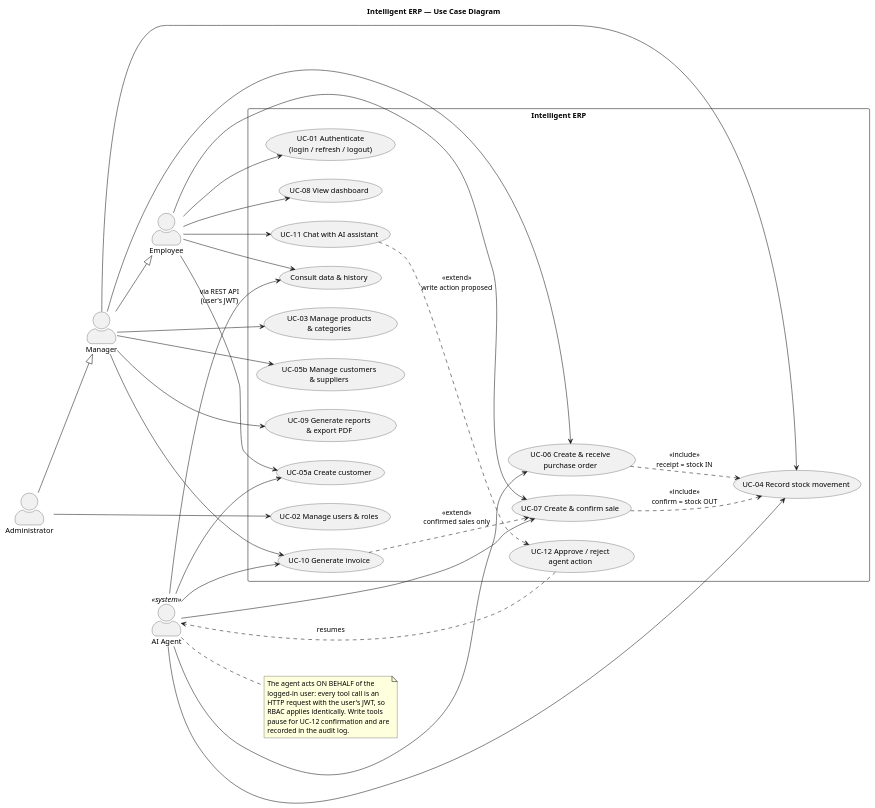
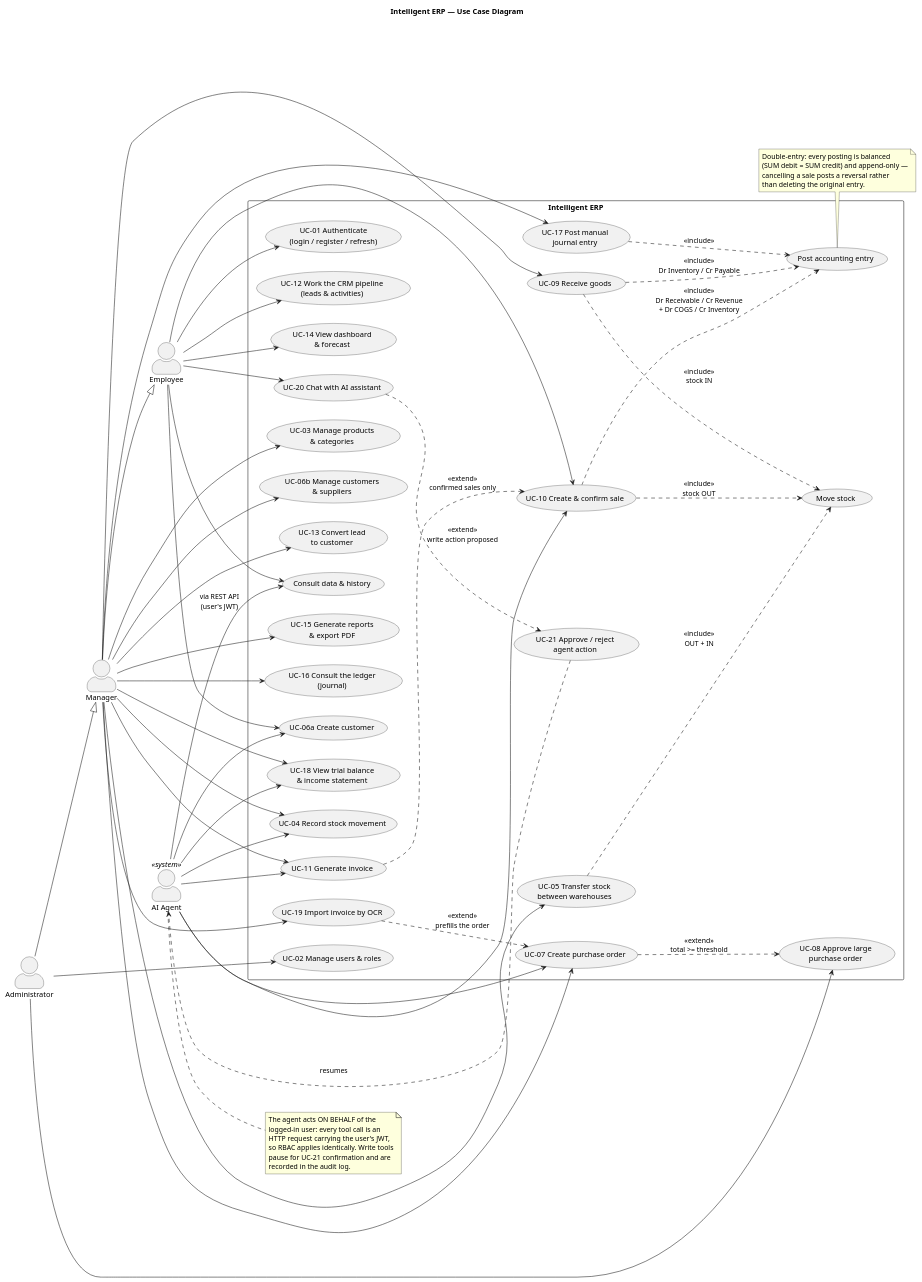
The diagram in diagrams/use-case.puml (mariemtnb/ERP-AI-odoo-like), drawn with PlantUML before and after one commit. The commit also changed 28 other files, not shown here.

```diff
--- a/diagrams/use-case.puml
+++ b/diagrams/use-case.puml
@@ -1,70 +1,107 @@
 @startuml use-case
 title Intelligent ERP — Use Case Diagram
 
 left to right direction
 skinparam actorStyle awesome
 
 actor "Employee" as employee
 actor "Manager" as manager
 actor "Administrator" as admin
 actor "AI Agent" as agent <<system>>
 
 manager --|> employee
 admin --|> manager
 
 rectangle "Intelligent ERP" {
-  usecase "UC-01 Authenticate\n(login / refresh / logout)" as UC01
+  usecase "UC-01 Authenticate\n(login / register / refresh)" as UC01
   usecase "UC-02 Manage users & roles" as UC02
   usecase "UC-03 Manage products\n& categories" as UC03
   usecase "UC-04 Record stock movement" as UC04
-  usecase "UC-05a Create customer" as UC05a
-  usecase "UC-05b Manage customers\n& suppliers" as UC05b
-  usecase "UC-06 Create & receive\npurchase order" as UC06
-  usecase "UC-07 Create & confirm sale" as UC07
-  usecase "UC-08 View dashboard" as UC08
-  usecase "UC-09 Generate reports\n& export PDF" as UC09
-  usecase "UC-10 Generate invoice" as UC10
-  usecase "UC-11 Chat with AI assistant" as UC11
-  usecase "UC-12 Approve / reject\nagent action" as UC12
+  usecase "UC-05 Transfer stock\nbetween warehouses" as UC05
+  usecase "UC-06a Create customer" as UC06a
+  usecase "UC-06b Manage customers\n& suppliers" as UC06b
+  usecase "UC-07 Create purchase order" as UC07
+  usecase "UC-08 Approve large\npurchase order" as UC08
+  usecase "UC-09 Receive goods" as UC09
+  usecase "UC-10 Create & confirm sale" as UC10
+  usecase "UC-11 Generate invoice" as UC11
+  usecase "UC-12 Work the CRM pipeline\n(leads & activities)" as UC12
+  usecase "UC-13 Convert lead\nto customer" as UC13
+  usecase "UC-14 View dashboard\n& forecast" as UC14
+  usecase "UC-15 Generate reports\n& export PDF" as UC15
+  usecase "UC-16 Consult the ledger\n(journal)" as UC16
+  usecase "UC-17 Post manual\njournal entry" as UC17
+  usecase "UC-18 View trial balance\n& income statement" as UC18
+  usecase "UC-19 Import invoice by OCR" as UC19
+  usecase "UC-20 Chat with AI assistant" as UC20
+  usecase "UC-21 Approve / reject\nagent action" as UC21
   usecase "Consult data & history" as UCREAD
+
+  usecase "Post accounting entry" as POST
+  usecase "Move stock" as MOVE
 }
 
 employee --> UC01
 employee --> UCREAD
-employee --> UC05a
-employee --> UC07
-employee --> UC08
-employee --> UC11
+employee --> UC06a
+employee --> UC10
+employee --> UC12
+employee --> UC14
+employee --> UC20
 
 manager --> UC03
 manager --> UC04
-manager --> UC05b
-manager --> UC06
+manager --> UC05
+manager --> UC06b
+manager --> UC07
 manager --> UC09
-manager --> UC10
+manager --> UC11
+manager --> UC13
+manager --> UC15
+manager --> UC16
+manager --> UC17
+manager --> UC18
+manager --> UC19
 
 admin --> UC02
+admin --> UC08
 
-UC11 ..> UC12 : <<extend>>\nwrite action proposed
-UC12 ..> agent : resumes
+' ---- automatic side effects ----
+UC09 ..> MOVE : <<include>>\nstock IN
+UC10 ..> MOVE : <<include>>\nstock OUT
+UC05 ..> MOVE : <<include>>\nOUT + IN
+UC09 ..> POST : <<include>>\nDr Inventory / Cr Payable
+UC10 ..> POST : <<include>>\nDr Receivable / Cr Revenue\n+ Dr COGS / Cr Inventory
+UC17 ..> POST : <<include>>
+UC07 ..> UC08 : <<extend>>\ntotal >= threshold
+UC11 ..> UC10 : <<extend>>\nconfirmed sales only
+UC19 ..> UC07 : <<extend>>\nprefills the order
+UC20 ..> UC21 : <<extend>>\nwrite action proposed
+
+' ---- the agent acts on behalf of the user ----
+UC21 ..> agent : resumes
 agent --> UCREAD : via REST API\n(user's JWT)
-agent --> UC05a
+agent --> UC06a
 agent --> UC04
-agent --> UC06
 agent --> UC07
 agent --> UC10
+agent --> UC11
+agent --> UC18
 
 note right of agent
   The agent acts ON BEHALF of the
   logged-in user: every tool call is an
-  HTTP request with the user's JWT, so
-  RBAC applies identically. Write tools
-  pause for UC-12 confirmation and are
+  HTTP request carrying the user's JWT,
+  so RBAC applies identically. Write tools
+  pause for UC-21 confirmation and are
   recorded in the audit log.
 end note
 
-UC06 ..> UC04 : <<include>>\nreceipt = stock IN
-UC07 ..> UC04 : <<include>>\nconfirm = stock OUT
-UC10 ..> UC07 : <<extend>>\nconfirmed sales only
+note bottom of POST
+  Double-entry: every posting is balanced
+  (SUM debit = SUM credit) and append-only —
+  cancelling a sale posts a reversal rather
+  than deleting the original entry.
+end note
 
 @enduml
```
